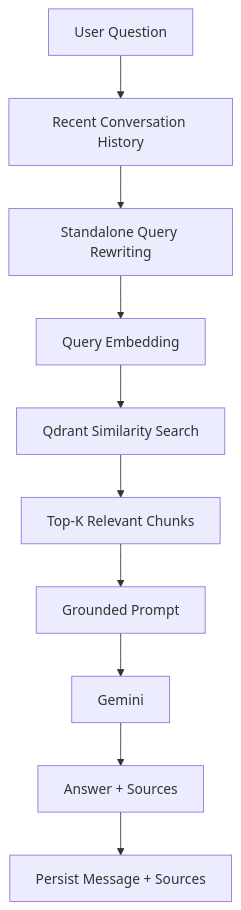
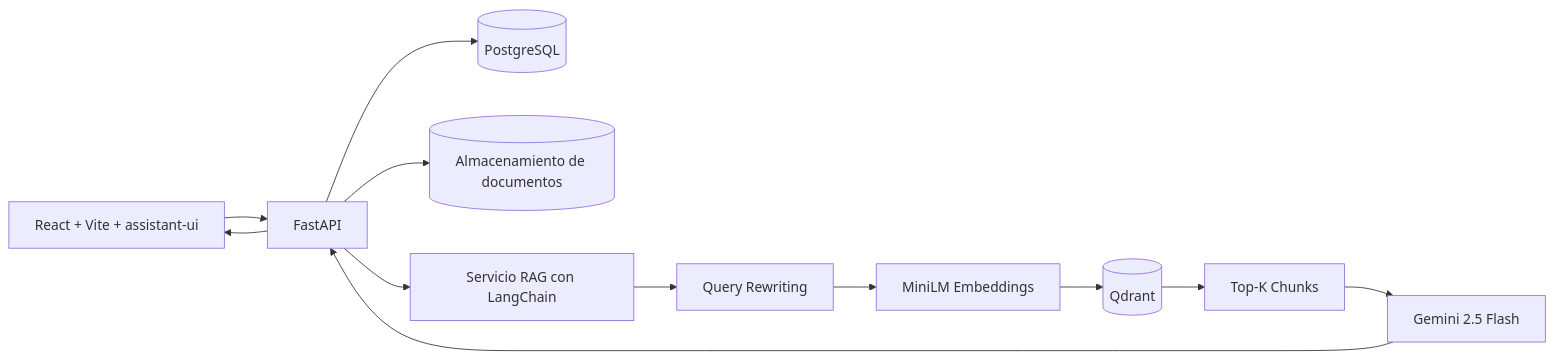
Before and after one commit to JohanMV/enterprise-rag-assistant: the second of 2 diagrams in README.md, drawn with Mermaid. The commit also changed other lines of this file and 7 other files, not shown here.

````diff
--- a/README.md
+++ b/README.md
@@ -102,12 +289,14 @@
 ```mermaid
-flowchart TD
-    A[User Question] --> B[Recent Conversation History]
-    B --> C[Standalone Query Rewriting]
-    C --> D[Query Embedding]
-    D --> E[Qdrant Similarity Search]
-    E --> F[Top-K Relevant Chunks]
-    F --> G[Grounded Prompt]
-    G --> H[Gemini]
-    H --> I[Answer + Sources]
-    I --> J[Persist Message + Sources]
+flowchart LR
+    UI[React + Vite + assistant-ui] --> API[FastAPI]
+    API --> PG[(PostgreSQL)]
+    API --> FS[(Almacenamiento de documentos)]
+    API --> RAG[Servicio RAG con LangChain]
+    RAG --> REWRITE[Query Rewriting]
+    REWRITE --> EMB[MiniLM Embeddings]
+    EMB --> QD[(Qdrant)]
+    QD --> RET[Top-K Chunks]
+    RET --> LLM[Gemini 2.5 Flash]
+    LLM --> API
+    API --> UI
 ```
````
